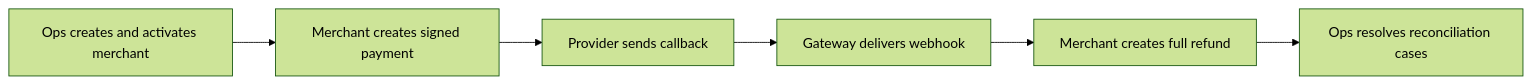
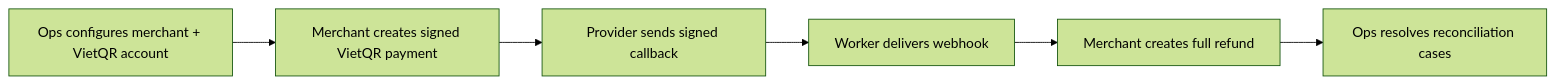
Before and after one commit to biabeogo147/mini-payment-gateway: the diagram in README.md, drawn with Mermaid (forest theme). The commit also changed other lines of this file and 75 other files, not shown here.

Commit message:
Add pilot VietQR payment flow

````diff
--- a/README.md
+++ b/README.md
@@ -62,11 +64,11 @@
 ```mermaid
 flowchart LR
-    Ops["Ops creates and activates merchant"]
-    Merchant["Merchant creates signed payment"]
-    Provider["Provider sends callback"]
-    Webhook["Gateway delivers webhook"]
+    Ops["Ops configures merchant + VietQR account"]
+    Merchant["Merchant creates signed VietQR payment"]
+    Provider["Provider sends signed callback"]
+    Webhook["Worker delivers webhook"]
     Refund["Merchant creates full refund"]
     Reconcile["Ops resolves reconciliation cases"]
 
     Ops --> Merchant --> Provider --> Webhook --> Refund --> Reconcile
 ```
````
